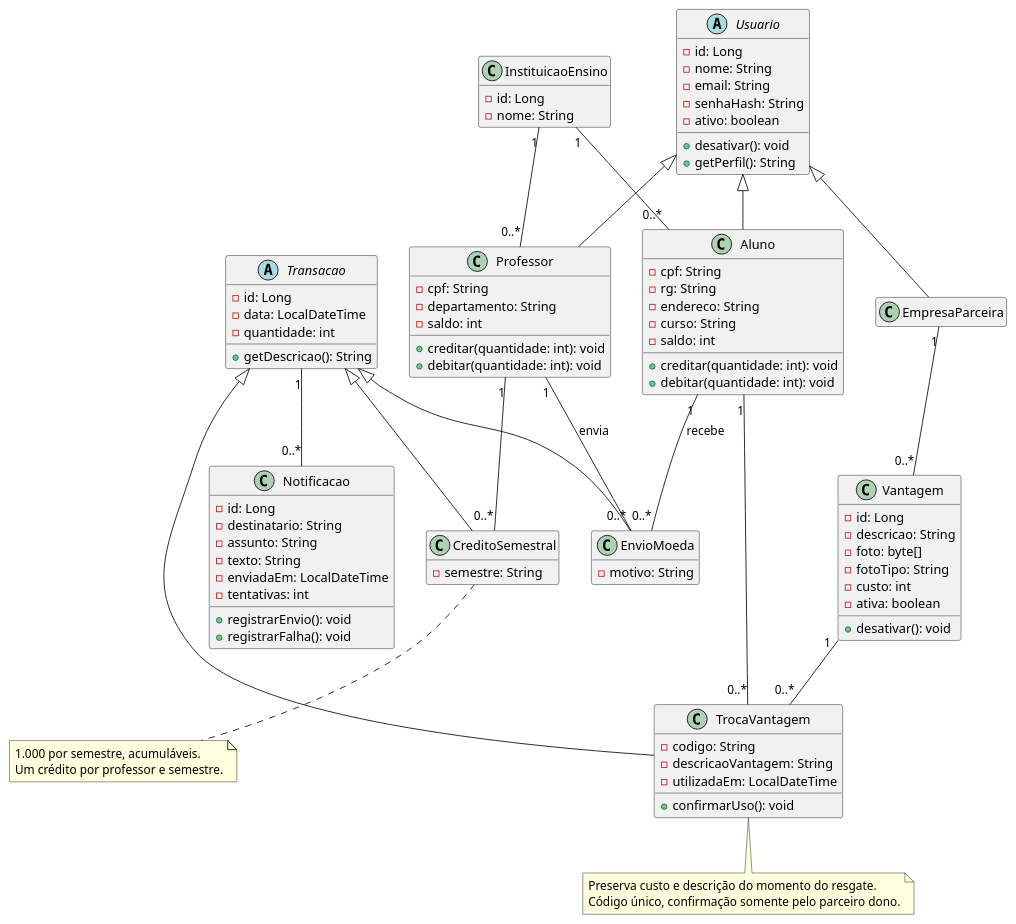
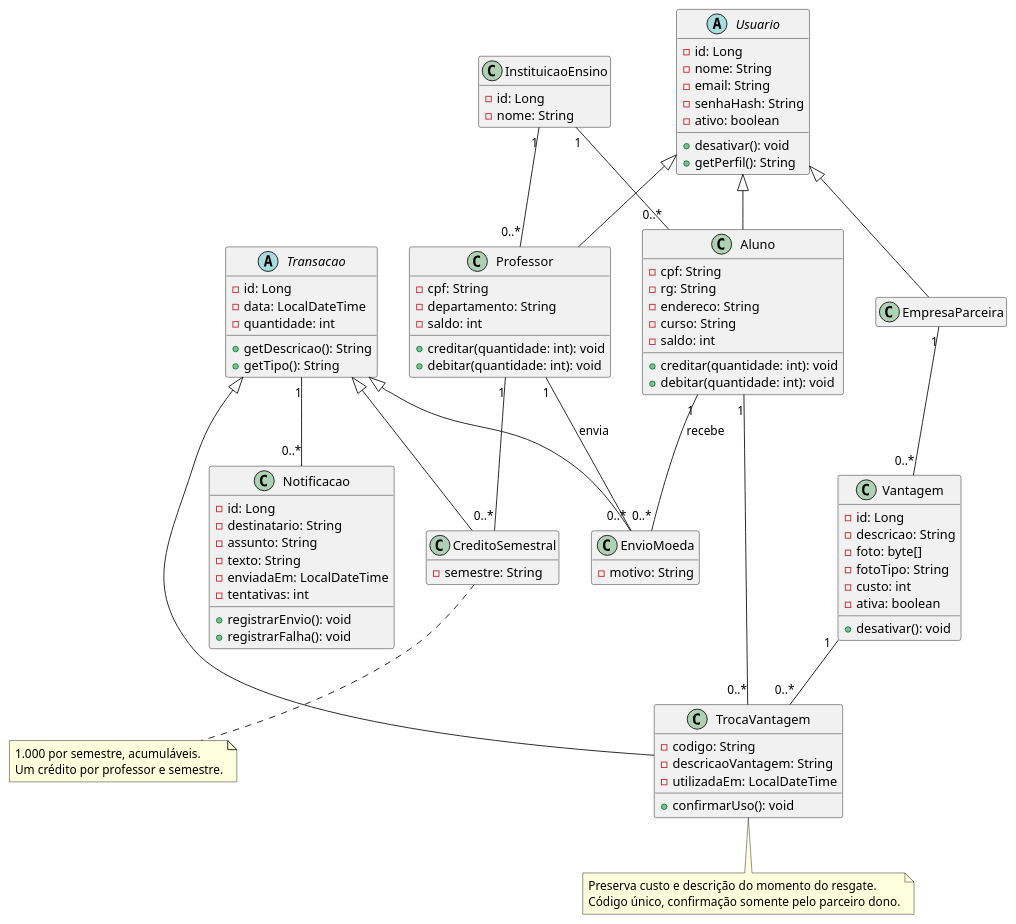
One commit to lucasnmc12/lab03-moeda-estudantil changed the diagram in docs/diagramas/diagrama-de-classes.puml. Above: the diagram before and after it, drawn with PlantUML. The commit also changed 30 other files, not shown here.

```diff
--- a/docs/diagramas/diagrama-de-classes.puml
+++ b/docs/diagramas/diagrama-de-classes.puml
@@ -1,94 +1,95 @@
 @startuml classes_moeda
 hide empty members
 skinparam shadowing false
 abstract class Usuario {
  -id: Long
  -nome: String
  -email: String
  -senhaHash: String
  -ativo: boolean
  +desativar(): void
  +getPerfil(): String
 }
 class InstituicaoEnsino {
  -id: Long
  -nome: String
 }
 class Aluno {
  -cpf: String
  -rg: String
  -endereco: String
  -curso: String
  -saldo: int
  +creditar(quantidade: int): void
  +debitar(quantidade: int): void
 }
 class Professor {
  -cpf: String
  -departamento: String
  -saldo: int
  +creditar(quantidade: int): void
  +debitar(quantidade: int): void
 }
 class EmpresaParceira
 class Vantagem {
  -id: Long
  -descricao: String
  -foto: byte[]
  -fotoTipo: String
  -custo: int
  -ativa: boolean
  +desativar(): void
 }
 abstract class Transacao {
  -id: Long
  -data: LocalDateTime
  -quantidade: int
  +getDescricao(): String
+ +getTipo(): String
 }
 class EnvioMoeda {
  -motivo: String
 }
 class TrocaVantagem {
  -codigo: String
  -descricaoVantagem: String
  -utilizadaEm: LocalDateTime
  +confirmarUso(): void
 }
 class CreditoSemestral {
  -semestre: String
 }
 class Notificacao {
  -id: Long
  -destinatario: String
  -assunto: String
  -texto: String
  -enviadaEm: LocalDateTime
  -tentativas: int
  +registrarEnvio(): void
  +registrarFalha(): void
 }
 Usuario <|-- Aluno
 Usuario <|-- Professor
 Usuario <|-- EmpresaParceira
 InstituicaoEnsino "1" -- "0..*" Aluno
 InstituicaoEnsino "1" -- "0..*" Professor
 EmpresaParceira "1" -- "0..*" Vantagem
 Transacao <|-- EnvioMoeda
 Transacao <|-- TrocaVantagem
 Transacao <|-- CreditoSemestral
 Professor "1" -- "0..*" EnvioMoeda : envia
 Aluno "1" -- "0..*" EnvioMoeda : recebe
 Aluno "1" -- "0..*" TrocaVantagem
 Vantagem "1" -- "0..*" TrocaVantagem
 Professor "1" -- "0..*" CreditoSemestral
 Transacao "1" -- "0..*" Notificacao
 note bottom of CreditoSemestral
 1.000 por semestre, acumuláveis.
 Um crédito por professor e semestre.
 end note
 note bottom of TrocaVantagem
 Preserva custo e descrição do momento do resgate.
 Código único, confirmação somente pelo parceiro dono.
 end note
 @enduml
```
